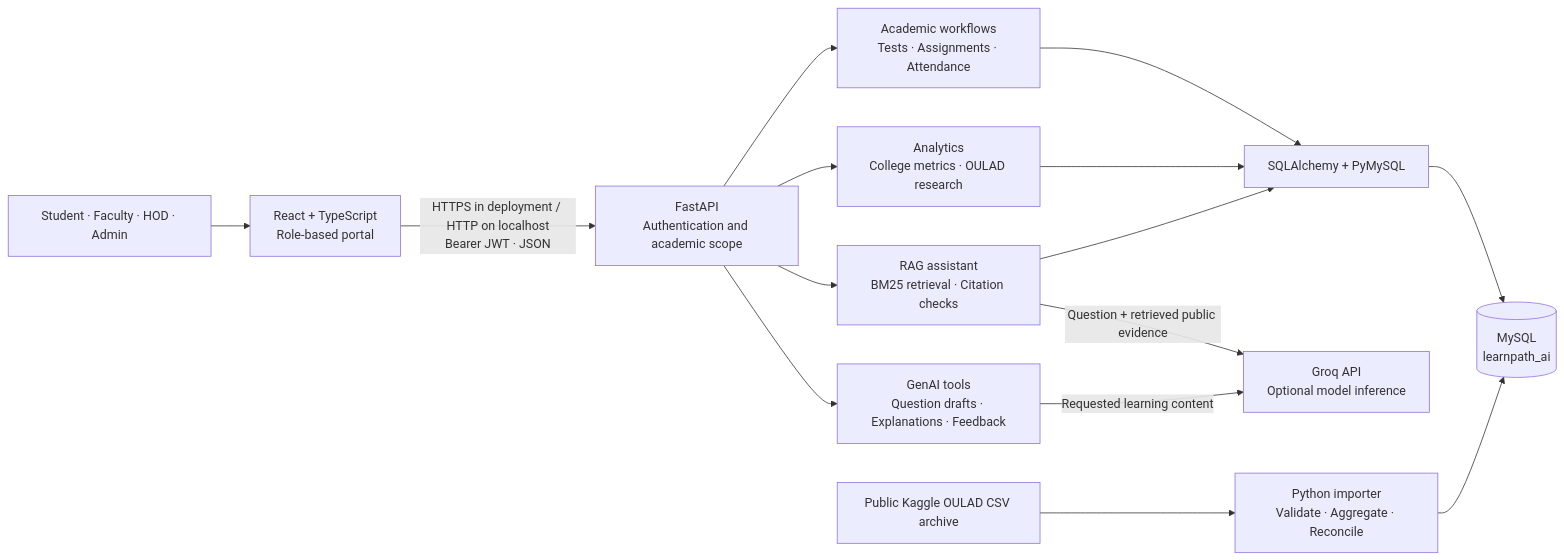
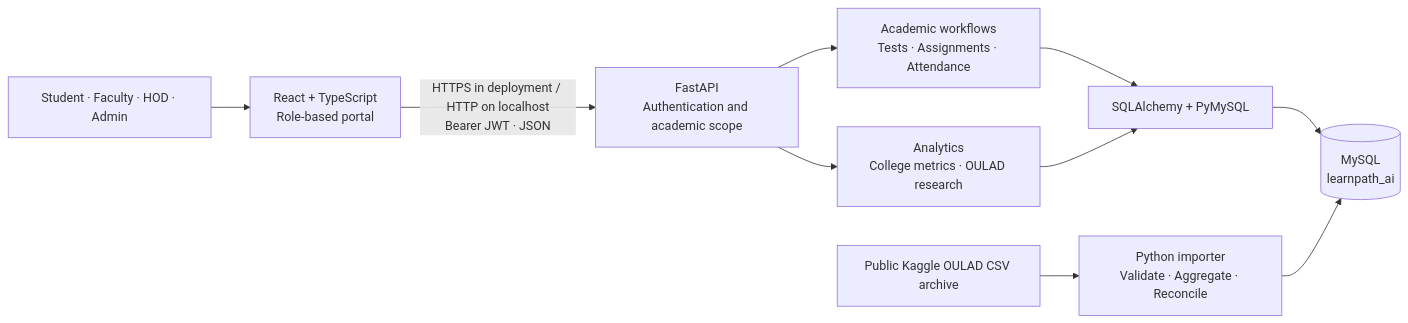
Before and after one commit to Yash301201/Neural-Code-Ninjas: the diagram in README.md, drawn with Mermaid. The commit also changed other lines of this file and 85 other files, not shown here.

````diff
--- a/README.md
+++ b/README.md
@@ -32,17 +30,12 @@
 ```mermaid
 flowchart LR
     U["Student · Faculty · HOD · Admin"] --> WEB["React + TypeScript<br/>Role-based portal"]
     WEB -->|"HTTPS in deployment / HTTP on localhost<br/>Bearer JWT · JSON"| API["FastAPI<br/>Authentication and academic scope"]
     API --> ACAD["Academic workflows<br/>Tests · Assignments · Attendance"]
     API --> ANA["Analytics<br/>College metrics · OULAD research"]
-    API --> RAG["RAG assistant<br/>BM25 retrieval · Citation checks"]
-    API --> GEN["GenAI tools<br/>Question drafts · Explanations · Feedback"]
     ACAD --> SQL["SQLAlchemy + PyMySQL"]
     ANA --> SQL
-    RAG --> SQL
     SQL --> DB[("MySQL<br/>learnpath_ai")]
-    RAG -->|"Question + retrieved public evidence"| LLM["Groq API<br/>Optional model inference"]
-    GEN -->|"Requested learning content"| LLM
     DATA["Public Kaggle OULAD CSV archive"] --> IMPORT["Python importer<br/>Validate · Aggregate · Reconcile"]
     IMPORT --> DB
 ```
````
